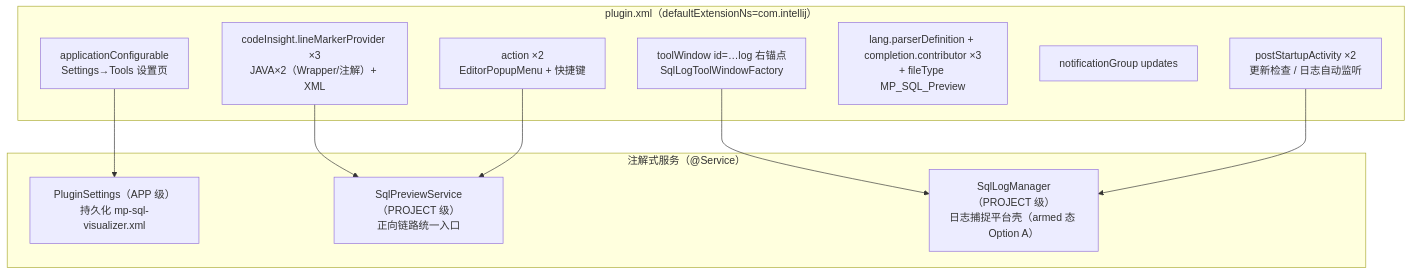
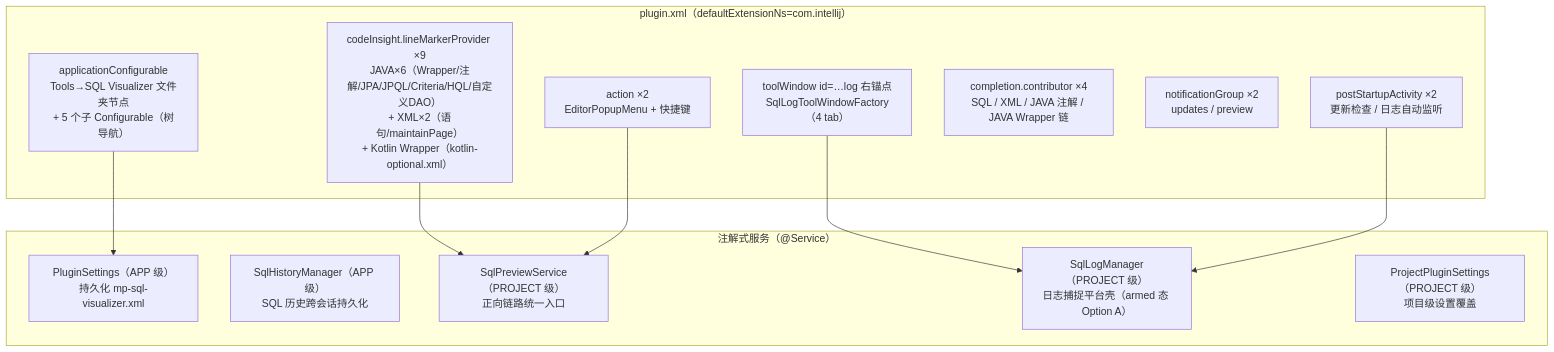
The fourth of 5 diagrams in docs/架构设计/01-项目架构总览.md (JayF211/mybatis-plus-sql-visualizer), drawn with Mermaid before and after one commit. The commit also changed other lines of this file and 3 other files, not shown here.

Commit message:
docs: 架构设计三篇与 README 同步至当前代码基线——JPA/Hibernate 链路、M36 原生控制台执行、插件更名 SQL Visualizer、测试基线 232 类 2682 用例、更新双通道与帮助本地 HTML

````diff
--- a/docs/架构设计/01-项目架构总览.md
+++ b/docs/架构设计/01-项目架构总览.md
@@ -197,22 +215,24 @@
 ```mermaid
 flowchart TD
     subgraph XML["plugin.xml（defaultExtensionNs=com.intellij）"]
-        X1["applicationConfigurable<br/>Settings→Tools 设置页"]
-        X2["codeInsight.lineMarkerProvider ×3<br/>JAVA×2（Wrapper/注解）+ XML"]
-        X3["toolWindow id=…log 右锚点<br/>SqlLogToolWindowFactory"]
+        X1["applicationConfigurable<br/>Tools→SQL Visualizer 文件夹节点<br/>+ 5 个子 Configurable（树导航）"]
+        X2["codeInsight.lineMarkerProvider ×9<br/>JAVA×6（Wrapper/注解/JPA/JPQL/Criteria/HQL/自定义DAO）<br/>+ XML×2（语句/maintainPage）<br/>+ Kotlin Wrapper（kotlin-optional.xml）"]
+        X3["toolWindow id=…log 右锚点<br/>SqlLogToolWindowFactory（4 tab）"]
         X4["postStartupActivity ×2<br/>更新检查 / 日志自动监听"]
-        X5["lang.parserDefinition + completion.contributor ×3<br/>+ fileType MP_SQL_Preview"]
-        X6["notificationGroup updates"]
+        X5["completion.contributor ×4<br/>SQL / XML / JAVA 注解 / JAVA Wrapper 链"]
+        X6["notificationGroup ×2<br/>updates / preview"]
         X7["action ×2<br/>EditorPopupMenu + 快捷键"]
     end
     subgraph ANNO["注解式服务（@Service）"]
         Y1["PluginSettings（APP 级）<br/>持久化 mp-sql-visualizer.xml"]
+        Y1b["SqlHistoryManager（APP 级）<br/>SQL 历史跨会话持久化"]
         Y2["SqlPreviewService（PROJECT 级）<br/>正向链路统一入口"]
         Y3["SqlLogManager（PROJECT 级）<br/>日志捕捉平台壳（armed 态 Option A）"]
+        Y4["ProjectPluginSettings（PROJECT 级）<br/>项目级设置覆盖"]
     end
     X1 --> Y1
     X2 --> Y2
     X3 --> Y3
     X4 --> Y3
     X7 --> Y2
 ```
````
